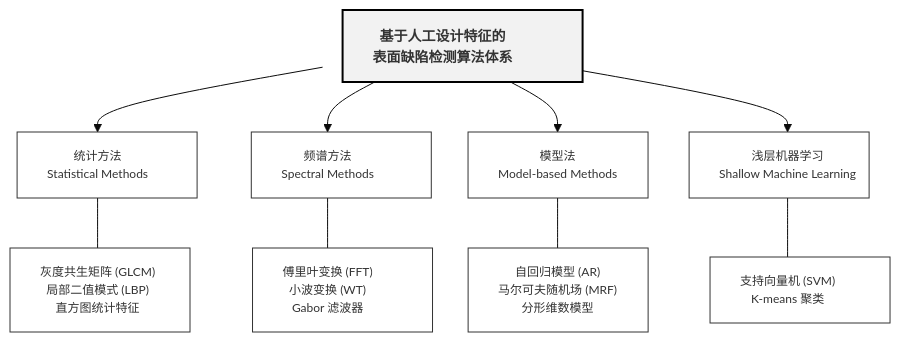
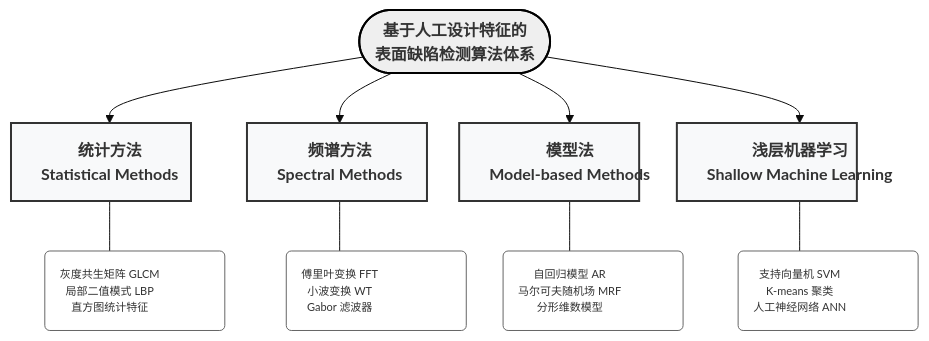
One commit to MAOSHENGsong/iodraw-files changed the diagram in all/未命名-1.md. Above: the diagram before and after it, drawn with Mermaid (base theme).

Commit message:
2026-03-17 18:36:41 update

````diff
--- a/all/未命名-1.md
+++ b/all/未命名-1.md
@@ -1,44 +1,46 @@
 ```mermaid
 graph TB
     %% 核心标题
-    Main[基于人工设计特征的<br/>表面缺陷检测算法体系] 
+    Main([基于人工设计特征的<br/>表面缺陷检测算法体系]) 
     
-    %% 第一层级：四大分支 (设置固定宽度 180px)
+    %% 第一层级：四大分支 (使用直角矩形)
     Statistical[统计方法<br/>Statistical Methods]
     Spectral[频谱方法<br/>Spectral Methods]
     Model[模型法<br/>Model-based Methods]
     Machine[浅层机器学习<br/>Shallow Machine Learning]
 
-    %% 第二层级：典型算法 (手动折行确保不溢出)
-    Sub_Stat["灰度共生矩阵 (GLCM)<br/>局部二值模式 (LBP)<br/>直方图统计特征"]
-    Sub_Spec["傅里叶变换 (FFT)<br/>小波变换 (WT)<br/>Gabor 滤波器"]
-    Sub_Mod["自回归模型 (AR)<br/>马尔可夫随机场 (MRF)<br/>分形维数模型"]
-    Sub_Mach["支持向量机 (SVM)<br/>K-means 聚类<br/>"]
+    %% 第二层级：典型算法 (使用圆角矩形)
+    Sub_Stat(灰度共生矩阵 GLCM<br/>局部二值模式 LBP<br/>直方图统计特征)
+    Sub_Spec(傅里叶变换 FFT<br/>小波变换 WT<br/>Gabor 滤波器)
+    Sub_Mod(自回归模型 AR<br/>马尔可夫随机场 MRF<br/>分形维数模型)
+    Sub_Mach(支持向量机 SVM<br/>K-means 聚类<br/>人工神经网络 ANN)
 
     %% 建立连接
     Main --> Statistical
     Main --> Spectral
     Main --> Model
     Main --> Machine
 
     Statistical --- Sub_Stat
     Spectral --- Sub_Spec
     Model --- Sub_Mod
     Machine --- Sub_Mach
 
-    %% --- 论文级样式控制 ---
-    %% 统一所有节点的宽度为 180px，确保上下对齐且文字不溢出
-    classDef boxStyle fill:#ffffff,stroke:#333,stroke-width:1px,width:180px,font-size:12px;
+    %% --- 样式设计 ---
+    %% 标题：加粗，浅灰色背景
+    style Main fill:#efefef,stroke:#000,stroke-width:2px,font-weight:bold,width:250px
     
-    class Statistical,Spectral,Model,Machine boxStyle;
-    class Sub_Stat,Sub_Spec,Sub_Mod,Sub_Mach boxStyle;
+    %% 第二层级：定义为 Level2 类，使用蓝色系（或深灰），加粗边框
+    classDef Level2 fill:#f8f9fa,stroke:#333,stroke-width:2px,width:180px,font-weight:bold;
+    class Statistical,Spectral,Model,Machine Level2;
+    
+    %% 第三层级：定义为 Level3 类，使用纯白背景，细边框，字体略小
+    classDef Level3 fill:#ffffff,stroke:#666,stroke-width:1px,width:180px,font-size:11px;
+    class Sub_Stat,Sub_Spec,Sub_Mod,Sub_Mach Level3;
 
-    %% 标题样式：略宽一些以容纳长标题
-    style Main fill:#f2f2f2,stroke:#000,stroke-width:2px,font-weight:bold,width:240px,font-size:14px
-    
-    %% 强制微调子项对齐
+    %% 针对 ioDraw 的特定对齐微调
     style Sub_Stat text-align:center
     style Sub_Spec text-align:center
     style Sub_Mod text-align:center
     style Sub_Mach text-align:center
 ```
````
